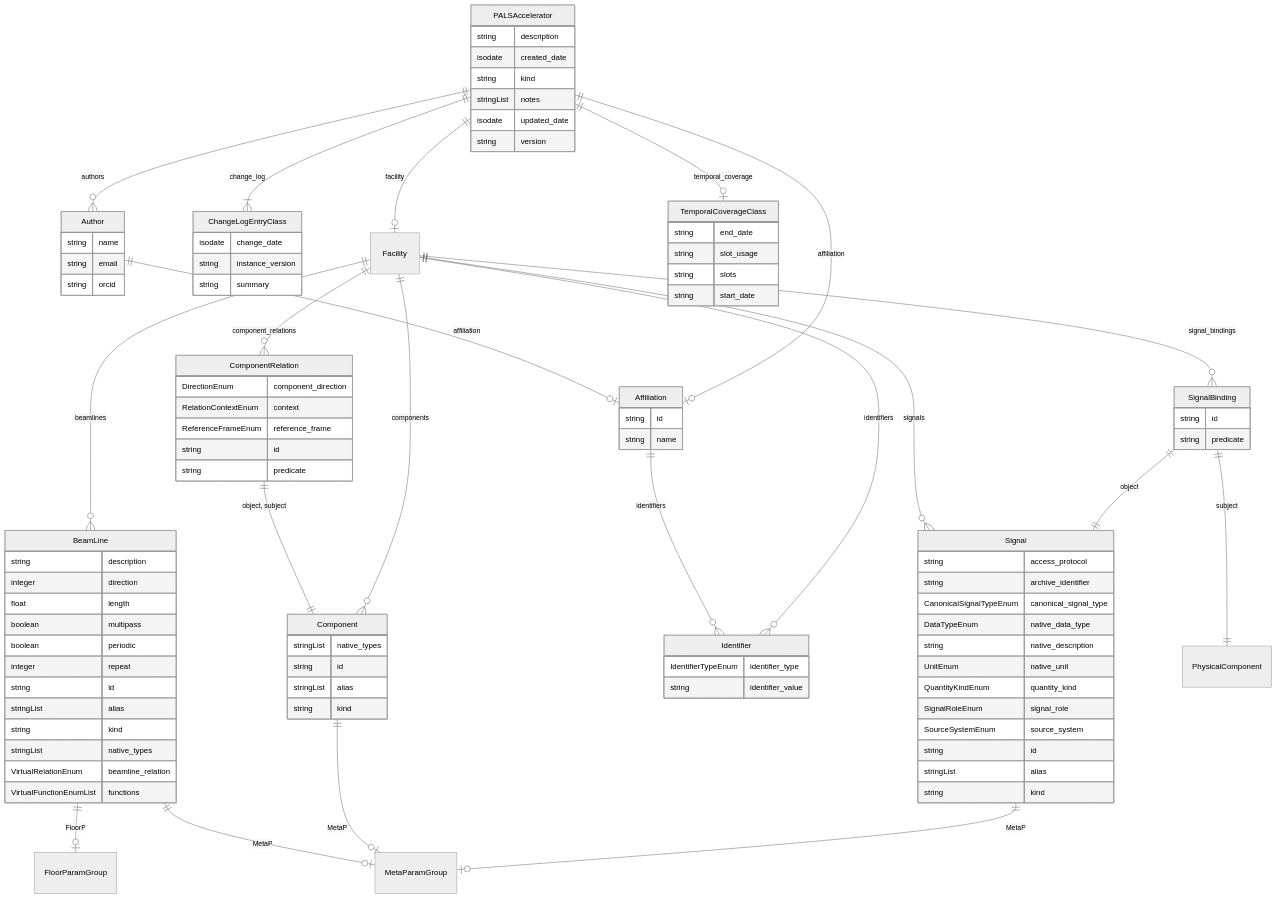
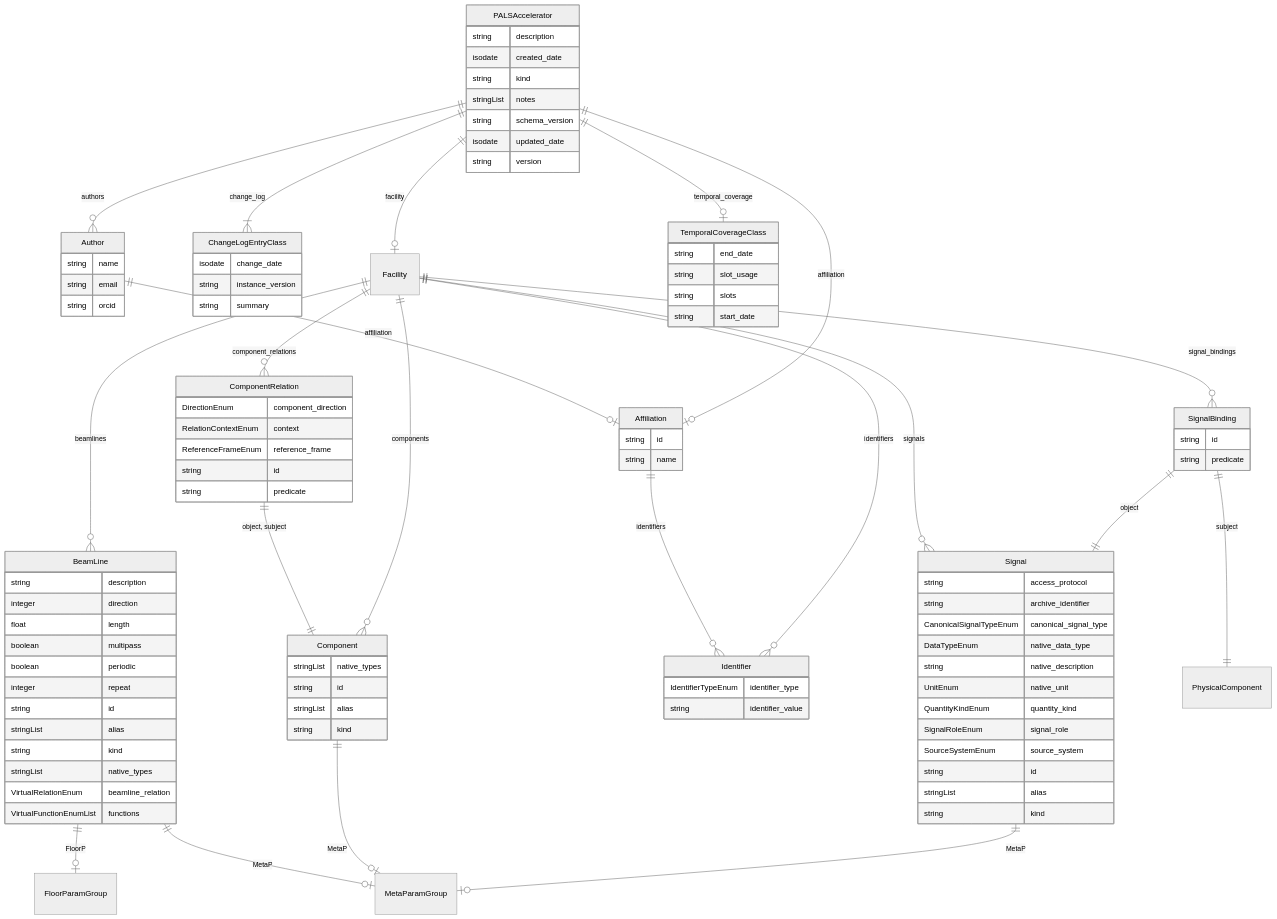
One commit to pals-project/pals-facility-config changed the diagram in docs/elements/classes/PALSAccelerator.md. Above: the diagram before and after it, drawn with Mermaid (neutral theme). The commit also changed other lines of this file and 6 other files, not shown here.

Commit message:
updated documenation to include the schema_version and also renamed from Core accelerator to PALS facility configuration

```diff
--- a/docs/elements/classes/PALSAccelerator.md
+++ b/docs/elements/classes/PALSAccelerator.md
@@ -67,6 +67,7 @@
     isodate created_date  
     string kind  
     stringList notes  
+    string schema_version  
     isodate updated_date  
     string version  
 }
```
